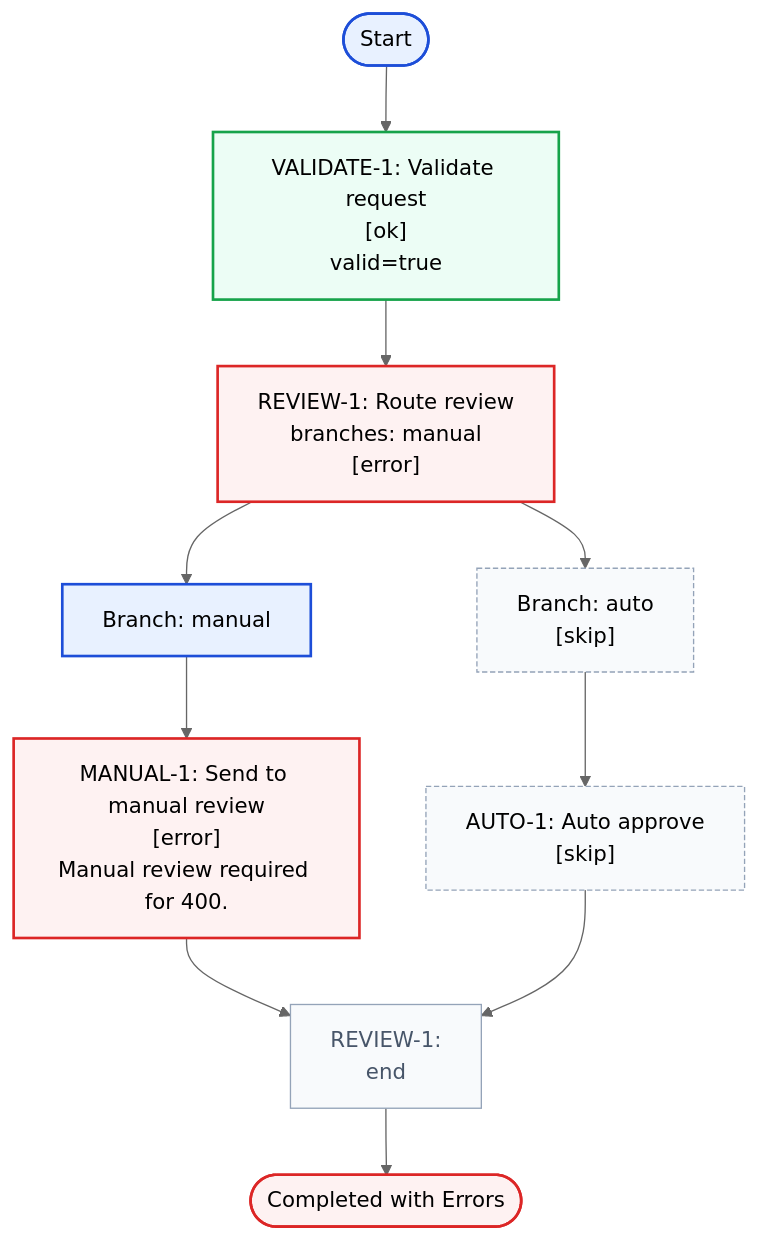
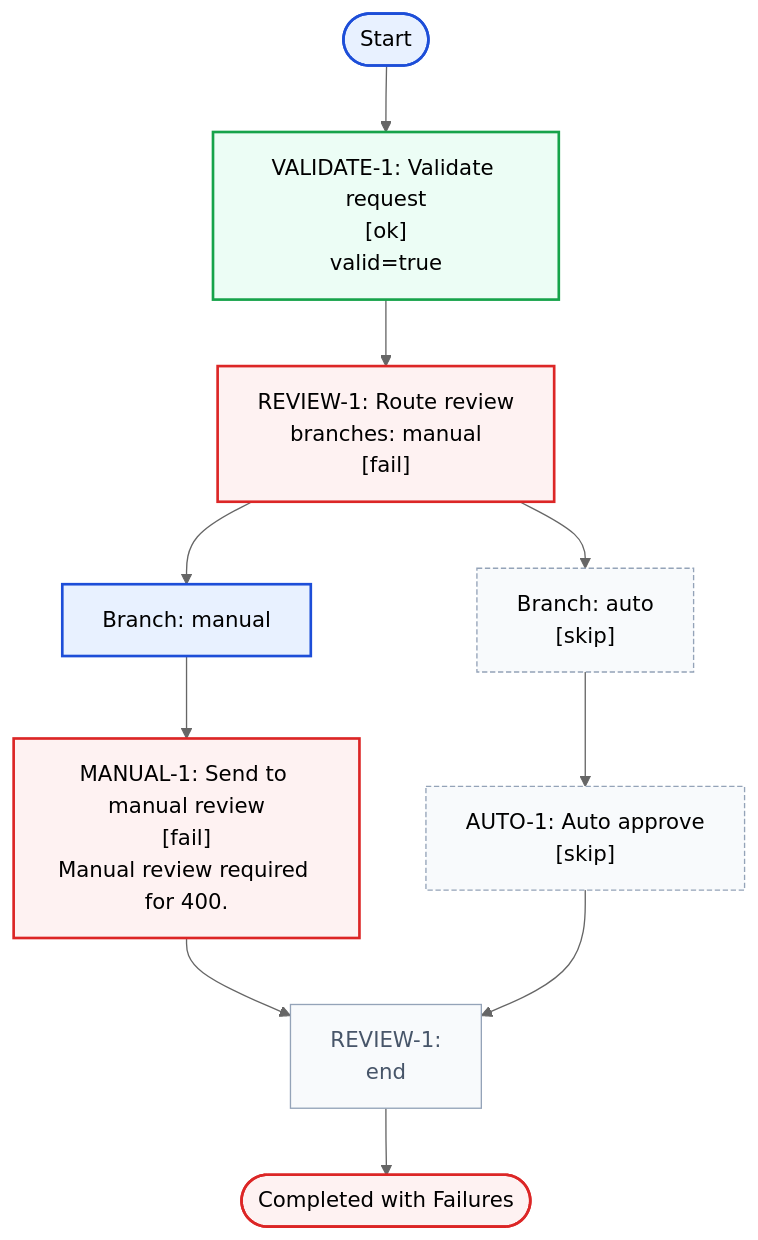
Before and after one commit to mikko-apo/structured-flow: diagram 12 of 12 in README.md, drawn with Mermaid (neutral theme). The commit also changed other lines of this file and 17 other files, not shown here.

````diff
--- a/README.md
+++ b/README.md
@@ -1833,45 +1873,45 @@
 ```mermaid
 flowchart TD
   start([Start])
   step_0["VALIDATE-1: Validate request
 [ok]
 valid=true"]
   step_0 --> step_1
   step_1["REVIEW-1: Route review
 branches: manual
-[error]"]
+[fail]"]
   branch_1_end["REVIEW-1:
 end"]
   branch_1_end --> done
   class branch_1_end join
   branch_1_0_start["Branch: manual"]
   step_1 --> branch_1_0_start
   branch_1_0_step_0["MANUAL-1: Send to manual review
-[error]
+[fail]
 Manual review required for 400."]
   branch_1_0_start --> branch_1_0_step_0
   branch_1_0_step_0 --> branch_1_end
   class branch_1_0_step_0 failure
   class branch_1_0_start executed
   branch_1_1_start["Branch: auto
 [skip]"]
   step_1 --> branch_1_1_start
   branch_1_1_step_0["AUTO-1: Auto approve
 [skip]"]
   branch_1_1_start --> branch_1_1_step_0
   branch_1_1_step_0 --> branch_1_end
   class branch_1_1_step_0 neutral
   class branch_1_1_start neutral
-  done([Completed with Errors])
+  done([Completed with Failures])
   start --> step_0
   classDef executed fill:#e8f1ff,stroke:#1d4ed8,stroke-width:2px
   classDef success fill:#ecfdf5,stroke:#16a34a,stroke-width:2px
   classDef complete fill:#f0fdf4,stroke:#15803d,stroke-width:2px
   classDef failure fill:#fef2f2,stroke:#dc2626,stroke-width:2px
   classDef neutral fill:#f8fafc,stroke:#94a3b8,stroke-dasharray: 4 2
   classDef join fill:#f8fafc,stroke:#94a3b8,stroke-width:1px,color:#475569
   class step_0 success
   class step_1 failure
   class start executed
   class done failure
 ```
````
